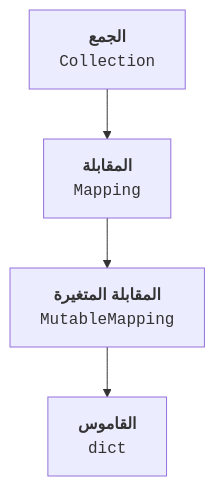
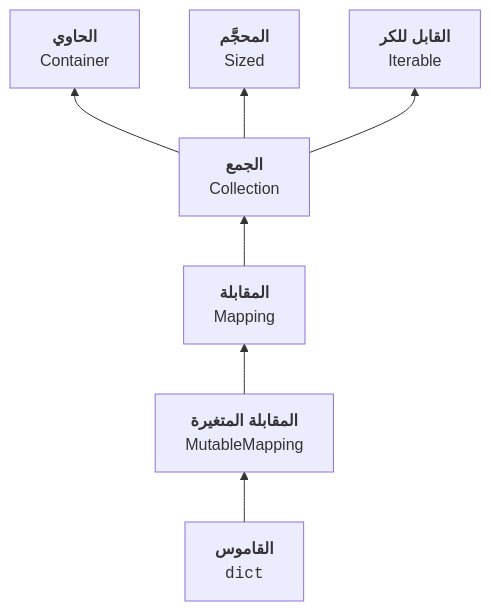
Before and after one commit to hanoufalmogri/python: the diagram in book/chapters/06_mapping/a2_dict.qmd, drawn with Mermaid. The commit also changed other lines of this file and 12 other files, not shown here.

````diff
--- a/book/chapters/06_mapping/a2_dict.qmd
+++ b/book/chapters/06_mapping/a2_dict.qmd
@@ -11,9 +7,19 @@
 ```{mermaid}
 %% | label: fig-dict
 %% | fig-cap: شجرة أنواع القاموس
-flowchart TD
-    Collection[<b>الجمع</b> <br> <code>Collection</code>]
-    Collection --> Mapping[<b>المقابلة</b> <br> <code>Mapping</code>]
-    Mapping --> MutableMapping[<b>المقابلة المتغيرة</b> <br> <code>MutableMapping</code>]
-    MutableMapping --> dict[<b>القاموس</b> <br> <code>dict</code>]
+flowchart BT
+    Container[<b>الحاوي</b><br>Container]
+    Sized[<b>المحجَّم</b><br>Sized]
+    Iterable[<b>القابل للكر</b><br>Iterable]
+    Collection[<b>الجمع</b><br>Collection]
+    Mapping[<b>المقابلة</b><br>Mapping]
+    MutableMapping[<b>المقابلة المتغيرة</b><br>MutableMapping]
+    dict[<b>القاموس</b><br><code>dict</code>]
+
+    Collection --> Container
+    Collection --> Sized
+    Collection --> Iterable
+    Mapping --> Collection
+    MutableMapping --> Mapping 
+    dict --> MutableMapping 
 ```
````
